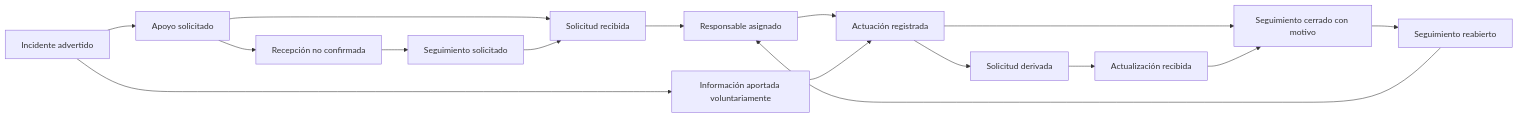
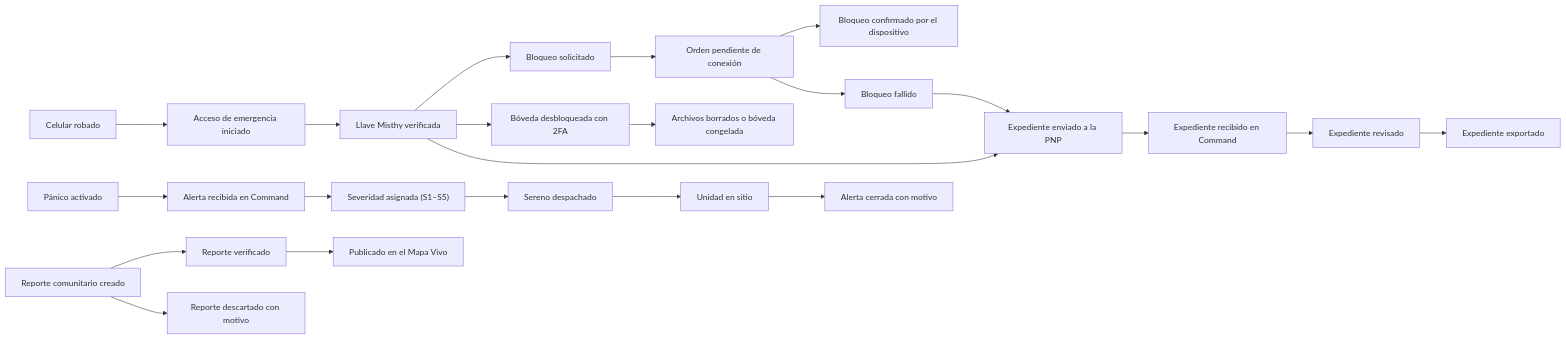
One commit to CODERT0PH/MISTHY changed the diagram in docs/capitulo-2/README.md. Above: the diagram before and after it, drawn with Mermaid. The commit also changed other lines of this file and 1 other file, not shown here.

````diff
--- a/docs/capitulo-2/README.md
+++ b/docs/capitulo-2/README.md
@@ -243,18 +269,24 @@
 ```mermaid
 flowchart LR
-  incident["Incidente advertido"] --> support["Apoyo solicitado"]
-  support --> received["Solicitud recibida"]
-  support --> unconfirmed["Recepción no confirmada"]
-  unconfirmed --> followup["Seguimiento solicitado"]
-  followup --> received
-  received --> assigned["Responsable asignado"]
-  assigned --> action["Actuación registrada"]
-  action --> referred["Solicitud derivada"]
-  referred --> update["Actualización recibida"]
-  action --> closed["Seguimiento cerrado con motivo"]
-  update --> closed
-  closed --> reopened["Seguimiento reabierto"]
-  reopened --> assigned
-  incident --> evidence["Información aportada voluntariamente"]
-  evidence --> action
+  robo["Celular robado"] --> acceso["Acceso de emergencia iniciado"]
+  acceso --> llave["Llave Misthy verificada"]
+  llave --> bloqueo["Bloqueo solicitado"]
+  bloqueo --> pendiente["Orden pendiente de conexión"]
+  pendiente --> confirmado["Bloqueo confirmado por el dispositivo"]
+  pendiente --> fallido["Bloqueo fallido"]
+  fallido --> pnp
+  llave --> boveda["Bóveda desbloqueada con 2FA"]
+  boveda --> borrado["Archivos borrados o bóveda congelada"]
+  llave --> pnp["Expediente enviado a la PNP"]
+  pnp --> recibido["Expediente recibido en Command"]
+  recibido --> revisado["Expediente revisado"]
+  revisado --> exportado["Expediente exportado"]
+  panico["Pánico activado"] --> alerta["Alerta recibida en Command"]
+  alerta --> severidad["Severidad asignada (S1–S5)"]
+  severidad --> despacho["Sereno despachado"]
+  despacho --> sitio["Unidad en sitio"]
+  sitio --> cerrada["Alerta cerrada con motivo"]
+  reporte["Reporte comunitario creado"] --> verificado["Reporte verificado"]
+  reporte --> descartado["Reporte descartado con motivo"]
+  verificado --> mapa["Publicado en el Mapa Vivo"]
 ```
````
